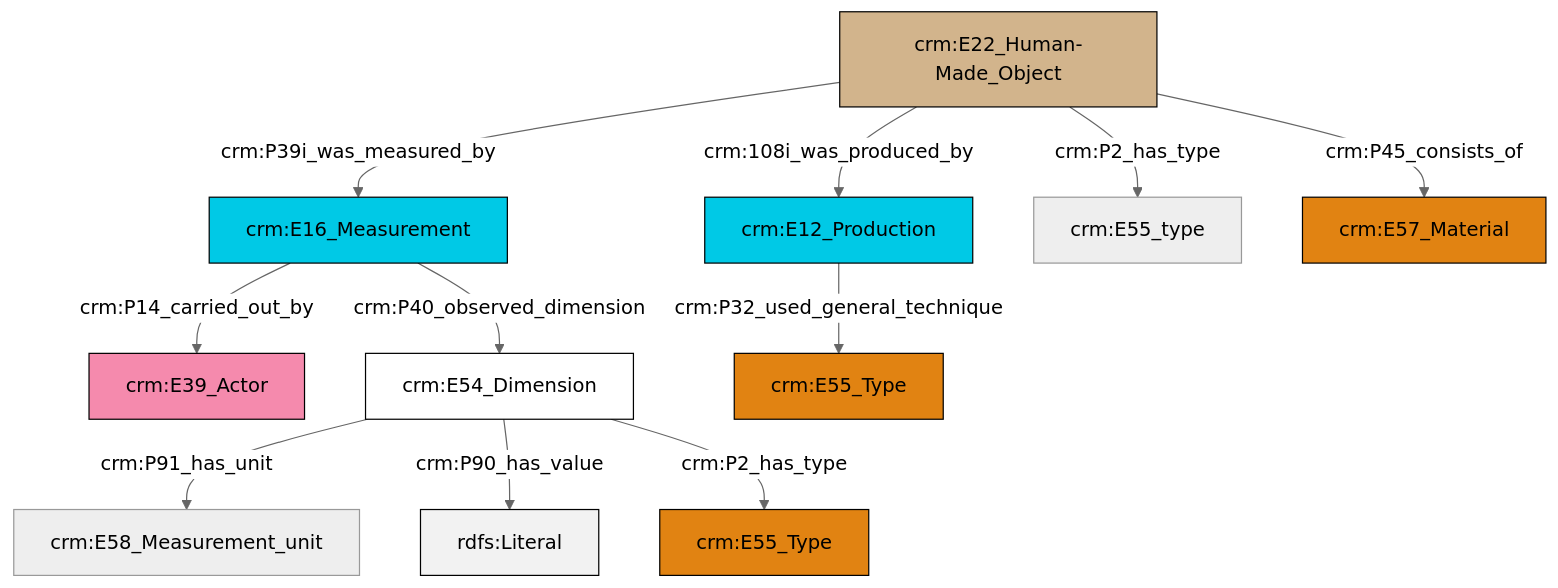
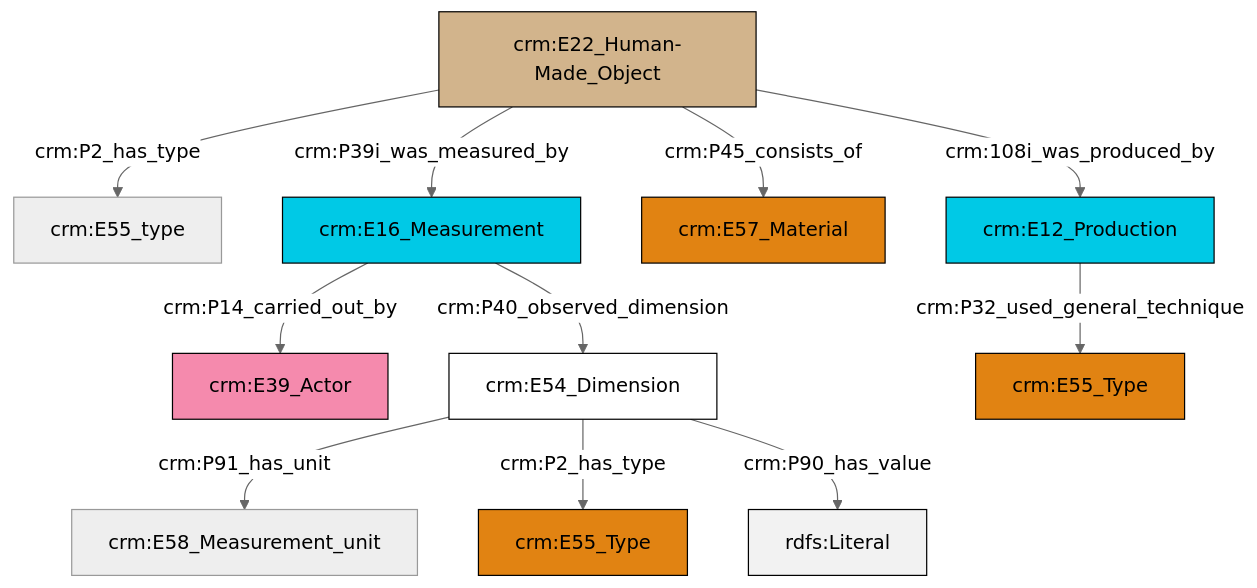
One commit to swiss-art-research-net/docs.swissartresearch changed the diagram in et/artworkCSV/ttl/mmd/Artwork_substance.ttl.mmd. Above: the diagram before and after it, drawn with Mermaid (neutral theme). The commit also changed 176 other files, not shown here.

```diff
--- a/et/artworkCSV/ttl/mmd/Artwork_substance.ttl.mmd
+++ b/et/artworkCSV/ttl/mmd/Artwork_substance.ttl.mmd
@@ -1,25 +1,25 @@
 graph TD
 classDef Literal fill:#f2f2f2,stroke:#000000;
 classDef CRM_Entity fill:#FFFFFF,stroke:#000000;
 classDef Temporal_Entity fill:#00C9E6, stroke:#000000;
 classDef Type fill:#E18312, stroke:#000000;
 classDef Time-Span fill:#2C9C91, stroke:#000000;
 classDef Appellation fill:#FFEB7F, stroke:#000000;
 classDef Place fill:#008836, stroke:#000000;
 classDef Persistent_Item fill:#B266B2, stroke:#000000;
 classDef Conceptual_Object fill:#FFD700, stroke:#000000;
 classDef Physical_Thing fill:#D2B48C, stroke:#000000;
 classDef Actor fill:#f58aad, stroke:#000000;
 classDef PC_Classes fill:#4ce600, stroke:#000000;
 classDef Multi fill:#cccccc,stroke:#000000;
 
-0["crm:E16_Measurement"]:::Temporal_Entity -->|crm:P14_carried_out_by| 1["crm:E39_Actor"]:::Actor
-4["crm:E12_Production"]:::Temporal_Entity -->|crm:P32_used_general_technique| 5["crm:E55_Type"]:::Type
-6["crm:E22_Human-Made_Object"]:::Physical_Thing -->|crm:P39i_was_measured_by| 0["crm:E16_Measurement"]:::Temporal_Entity
-0["crm:E16_Measurement"]:::Temporal_Entity -->|crm:P40_observed_dimension| 2["crm:E54_Dimension"]:::CRM_Entity
-6["crm:E22_Human-Made_Object"]:::Physical_Thing -->|crm:P2_has_type| 10["crm:E55_type"]:::Default
-2["crm:E54_Dimension"]:::CRM_Entity -->|crm:P91_has_unit| 8["crm:E58_Measurement_unit"]:::Default
-2["crm:E54_Dimension"]:::CRM_Entity -->|crm:P90_has_value| 19[rdfs:Literal]:::Literal
-6["crm:E22_Human-Made_Object"]:::Physical_Thing -->|crm:P45_consists_of| 13["crm:E57_Material"]:::Type
-6["crm:E22_Human-Made_Object"]:::Physical_Thing -->|crm:108i_was_produced_by| 4["crm:E12_Production"]:::Temporal_Entity
-2["crm:E54_Dimension"]:::CRM_Entity -->|crm:P2_has_type| 15["crm:E55_Type"]:::Type
+4["crm:E54_Dimension"]:::CRM_Entity -->|crm:P91_has_unit| 0["crm:E58_Measurement_unit"]:::Default
+6["crm:E22_Human-Made_Object"]:::Physical_Thing -->|crm:P2_has_type| 8["crm:E55_type"]:::Default
+2["crm:E12_Production"]:::Temporal_Entity -->|crm:P32_used_general_technique| 9["crm:E55_Type"]:::Type
+10["crm:E16_Measurement"]:::Temporal_Entity -->|crm:P14_carried_out_by| 11["crm:E39_Actor"]:::Actor
+10["crm:E16_Measurement"]:::Temporal_Entity -->|crm:P40_observed_dimension| 4["crm:E54_Dimension"]:::CRM_Entity
+6["crm:E22_Human-Made_Object"]:::Physical_Thing -->|crm:P39i_was_measured_by| 10["crm:E16_Measurement"]:::Temporal_Entity
+4["crm:E54_Dimension"]:::CRM_Entity -->|crm:P2_has_type| 13["crm:E55_Type"]:::Type
+6["crm:E22_Human-Made_Object"]:::Physical_Thing -->|crm:P45_consists_of| 14["crm:E57_Material"]:::Type
+4["crm:E54_Dimension"]:::CRM_Entity -->|crm:P90_has_value| 19[rdfs:Literal]:::Literal
+6["crm:E22_Human-Made_Object"]:::Physical_Thing -->|crm:108i_was_produced_by| 2["crm:E12_Production"]:::Temporal_Entity
```
